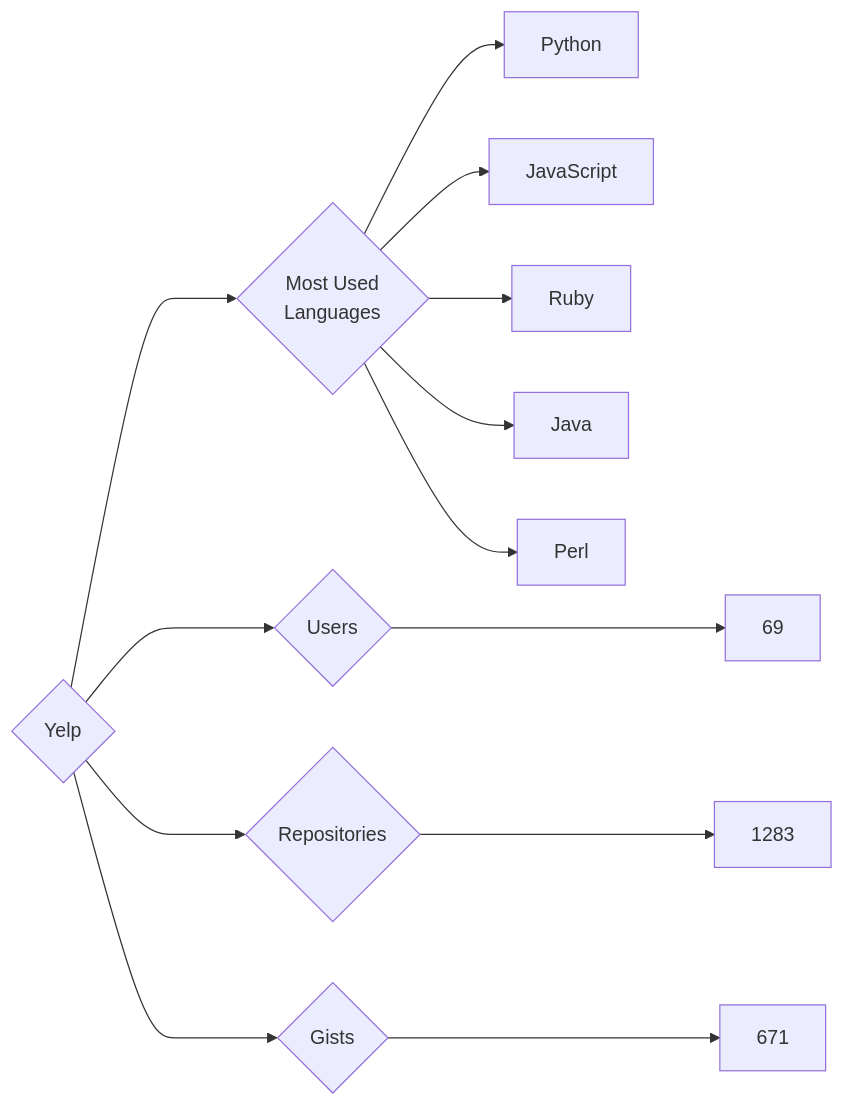
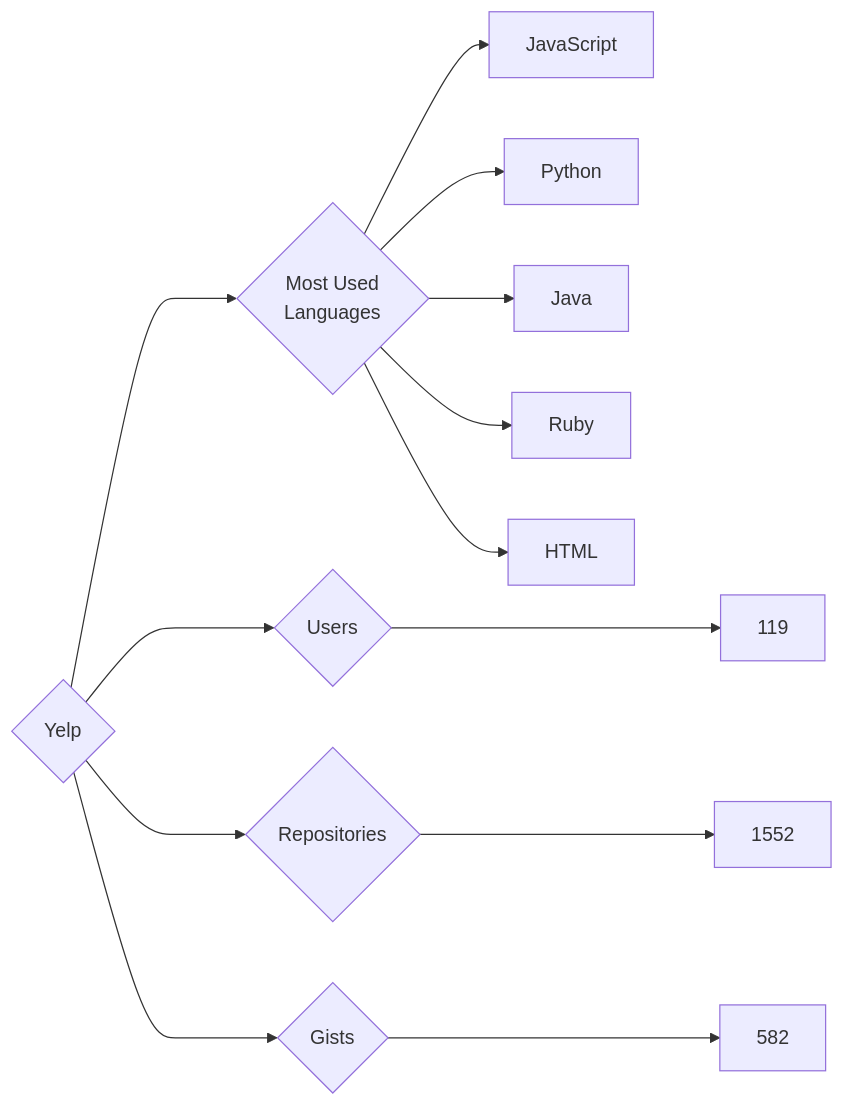
The diagram in targets/Yelp/README.md (trickest/insiders), drawn with Mermaid before and after one commit. The commit also changed 886 other files, not shown here.

````diff
--- a/targets/Yelp/README.md
+++ b/targets/Yelp/README.md
@@ -3,13 +3,13 @@
 ```mermaid
 graph LR
 COMPANY_NAME{Yelp}
-COMPANY_NAME ---> U{Users} ---> UN[69]
-COMPANY_NAME ---> R{Repositories} ---> RN[1283]
-COMPANY_NAME ---> G{Gists} ---> GN[671]
+COMPANY_NAME ---> U{Users} ---> UN[119]
+COMPANY_NAME ---> R{Repositories} ---> RN[1552]
+COMPANY_NAME ---> G{Gists} ---> GN[582]
 COMPANY_NAME ---> ML{Most Used<br>Languages}
+ML --> JavaScript[JavaScript]
 ML --> Python[Python]
-ML --> JavaScript[JavaScript]
+ML --> Java[Java]
 ML --> Ruby[Ruby]
-ML --> Java[Java]
-ML --> Perl[Perl]
+ML --> HTML[HTML]
 ```
````
